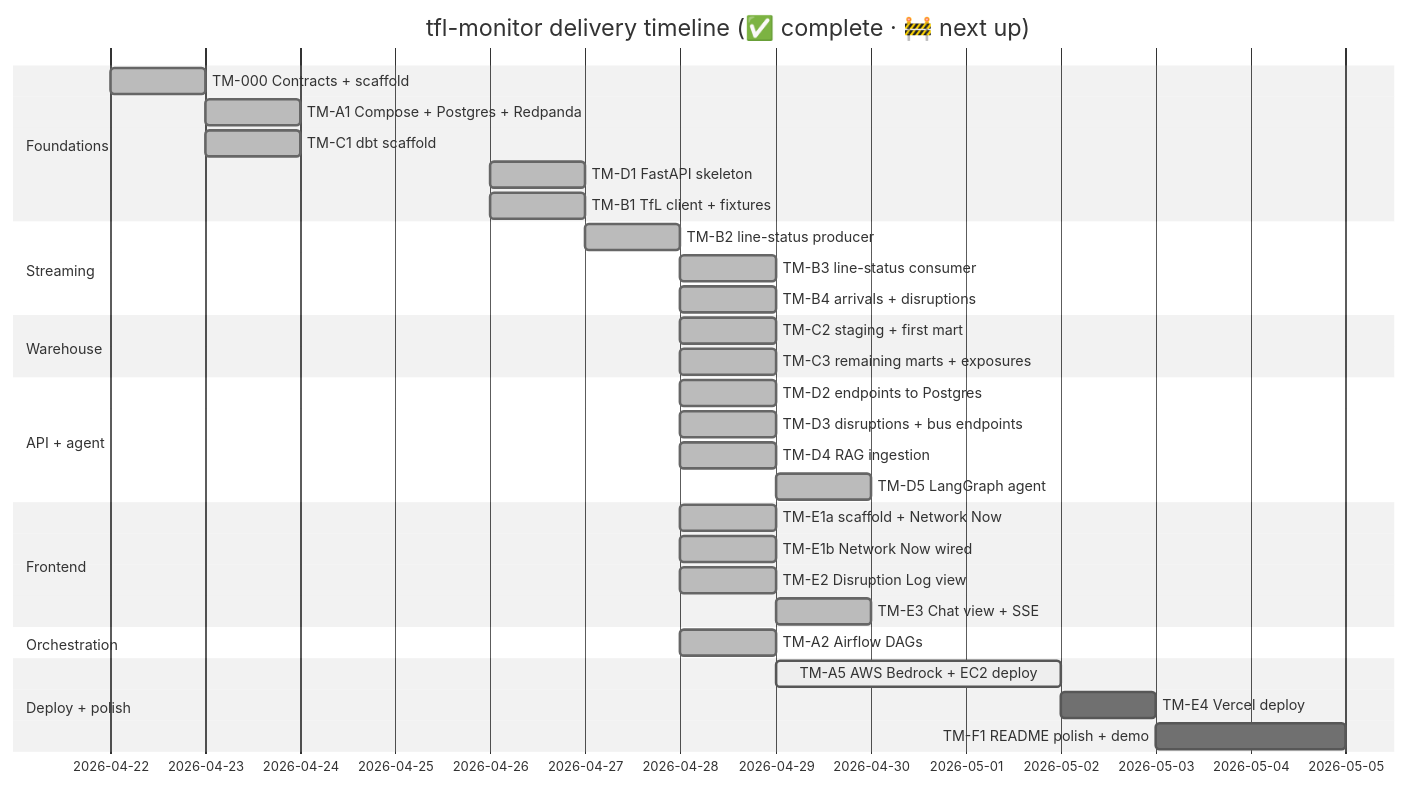
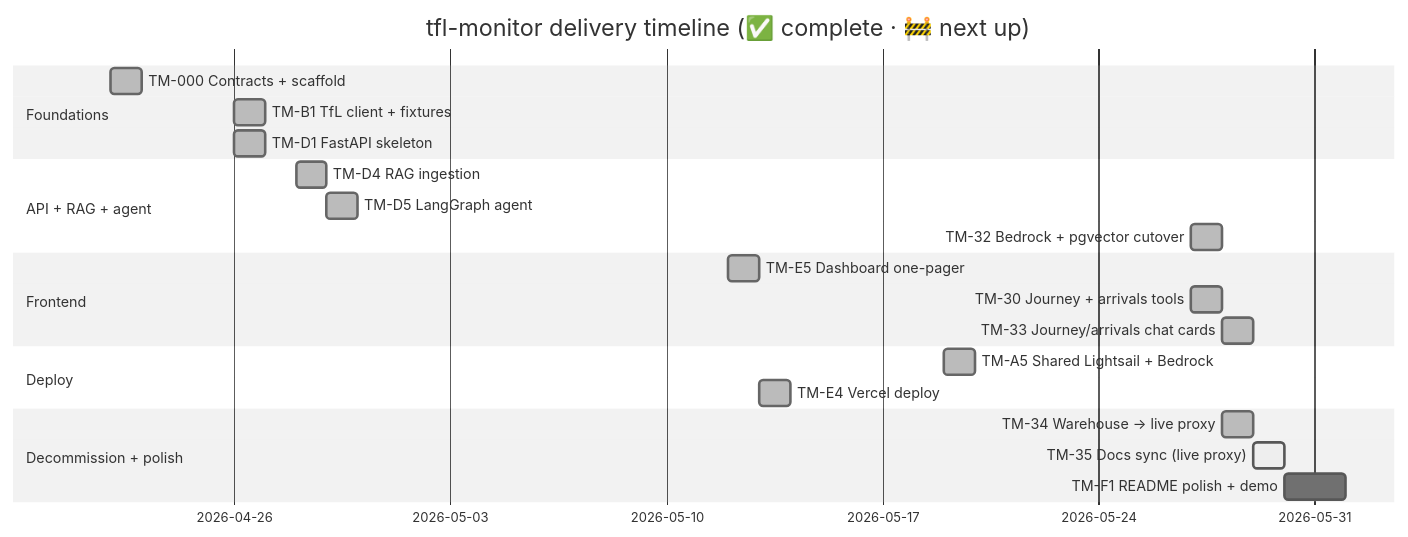
Before and after one commit to hcslomeu/tfl-monitor: the diagram in docs/roadmap.md, drawn with Mermaid (neutral theme). The commit also changed other lines of this file and 15 other files, not shown here.

First line of the commit message:
docs: sync mkdocs site with live-proxy architecture (TM-35) (#131)

````diff
--- a/docs/roadmap.md
+++ b/docs/roadmap.md
@@ -19,34 +19,24 @@
 ```mermaid
 gantt
     dateFormat  YYYY-MM-DD
     title       tfl-monitor delivery timeline (✅ complete · 🚧 next up)
     section Foundations
     TM-000 Contracts + scaffold        :done, 2026-04-22, 1d
-    TM-A1 Compose + Postgres + Redpanda :done, 2026-04-23, 1d
-    TM-C1 dbt scaffold                 :done, 2026-04-23, 1d
+    TM-B1 TfL client + fixtures        :done, 2026-04-26, 1d
     TM-D1 FastAPI skeleton             :done, 2026-04-26, 1d
-    TM-B1 TfL client + fixtures        :done, 2026-04-26, 1d
-    section Streaming
-    TM-B2 line-status producer         :done, 2026-04-27, 1d
-    TM-B3 line-status consumer         :done, 2026-04-28, 1d
-    TM-B4 arrivals + disruptions       :done, 2026-04-28, 1d
-    section Warehouse
-    TM-C2 staging + first mart         :done, 2026-04-28, 1d
-    TM-C3 remaining marts + exposures  :done, 2026-04-28, 1d
-    section API + agent
-    TM-D2 endpoints to Postgres        :done, 2026-04-28, 1d
-    TM-D3 disruptions + bus endpoints  :done, 2026-04-28, 1d
+    section API + RAG + agent
     TM-D4 RAG ingestion                :done, 2026-04-28, 1d
     TM-D5 LangGraph agent              :done, 2026-04-29, 1d
+    TM-32 Bedrock + pgvector cutover   :done, 2026-05-27, 1d
     section Frontend
-    TM-E1a scaffold + Network Now      :done, 2026-04-28, 1d
-    TM-E1b Network Now wired           :done, 2026-04-28, 1d
-    TM-E2 Disruption Log view          :done, 2026-04-28, 1d
-    TM-E3 Chat view + SSE              :done, 2026-04-29, 1d
-    section Orchestration
-    TM-A2 Airflow DAGs                 :done, 2026-04-28, 1d
-    section Deploy + polish
-    TM-A5 AWS Bedrock + EC2 deploy    :active, 2026-04-29, 3d
-    TM-E4 Vercel deploy               :2026-05-02, 1d
-    TM-F1 README polish + demo         :2026-05-03, 2d
+    TM-E5 Dashboard one-pager          :done, 2026-05-12, 1d
+    TM-30 Journey + arrivals tools     :done, 2026-05-27, 1d
+    TM-33 Journey/arrivals chat cards  :done, 2026-05-28, 1d
+    section Deploy
+    TM-A5 Shared Lightsail + Bedrock   :done, 2026-05-19, 1d
+    TM-E4 Vercel deploy                :done, 2026-05-13, 1d
+    section Decommission + polish
+    TM-34 Warehouse → live proxy       :done, 2026-05-28, 1d
+    TM-35 Docs sync (live proxy)       :active, 2026-05-29, 1d
+    TM-F1 README polish + demo         :2026-05-30, 2d
 ```
````
